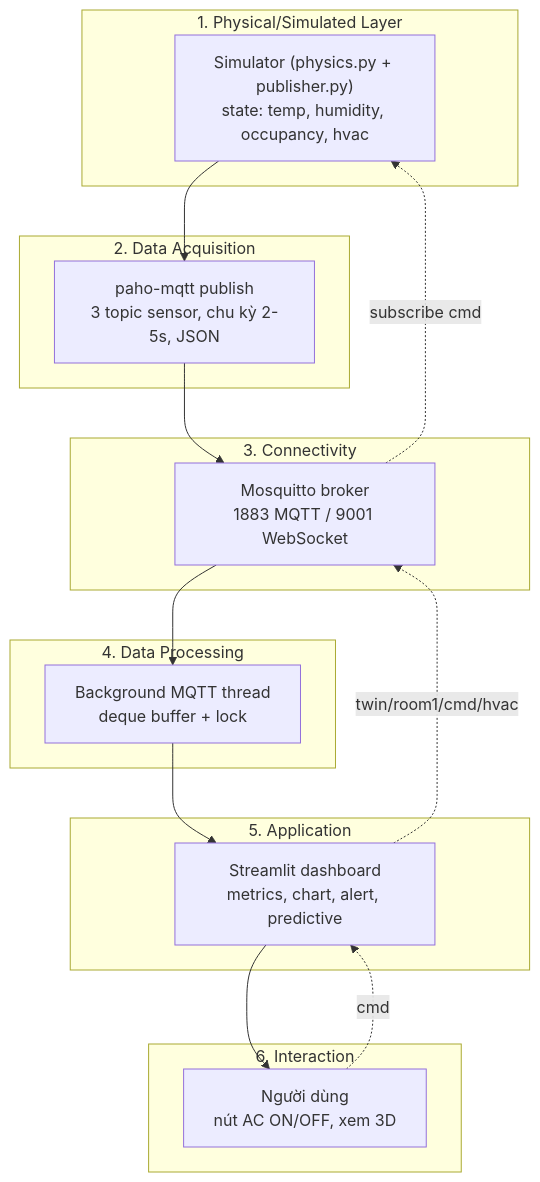
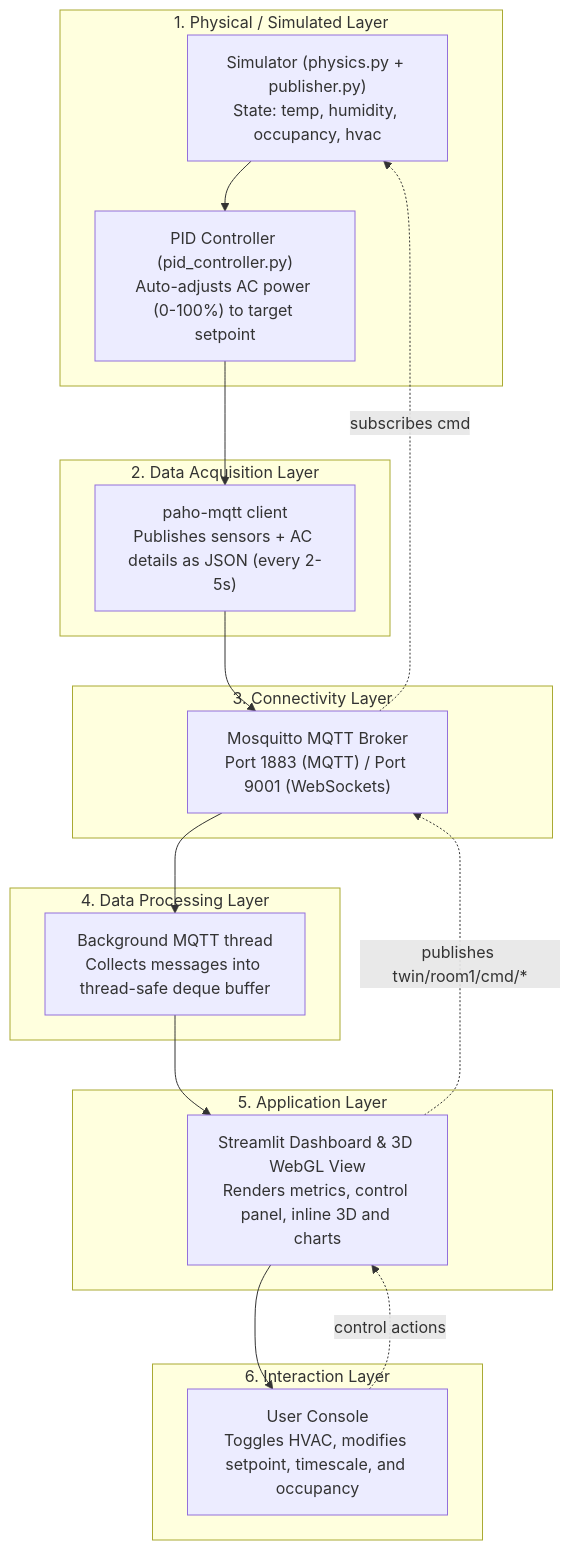
One commit to nguyentobinh12x5/Simulation_Room changed the diagram in docs/architecture.md. Above: the diagram before and after it, drawn with Mermaid. The commit also changed other lines of this file and 11 other files, not shown here.

Commit message:
feat: implement PID controller for HVAC power regulation and expand simulation capabilities

````diff
--- a/docs/architecture.md
+++ b/docs/architecture.md
@@ -5,25 +9,26 @@
 ```mermaid
 flowchart TB
-    subgraph L1["1. Physical/Simulated Layer"]
-        SIM["Simulator (physics.py + publisher.py)<br/>state: temp, humidity, occupancy, hvac"]
+    subgraph L1["1. Physical / Simulated Layer"]
+        SIM["Simulator (physics.py + publisher.py)<br/>State: temp, humidity, occupancy, hvac"]
+        PID["PID Controller (pid_controller.py)<br/>Auto-adjusts AC power (0-100%) to target setpoint"]
     end
-    subgraph L2["2. Data Acquisition"]
-        PUB["paho-mqtt publish<br/>3 topic sensor, chu kỳ 2-5s, JSON"]
+    subgraph L2["2. Data Acquisition Layer"]
+        PUB["paho-mqtt client<br/>Publishes sensors + AC details as JSON (every 2-5s)"]
     end
-    subgraph L3["3. Connectivity"]
-        BROKER["Mosquitto broker<br/>1883 MQTT / 9001 WebSocket"]
+    subgraph L3["3. Connectivity Layer"]
+        BROKER["Mosquitto MQTT Broker<br/>Port 1883 (MQTT) / Port 9001 (WebSockets)"]
     end
-    subgraph L4["4. Data Processing"]
-        BUF["Background MQTT thread<br/>deque buffer + lock"]
+    subgraph L4["4. Data Processing Layer"]
+        BUF["Background MQTT thread<br/>Collects messages into thread-safe deque buffer"]
     end
-    subgraph L5["5. Application"]
-        DASH["Streamlit dashboard<br/>metrics, chart, alert, predictive"]
+    subgraph L5["5. Application Layer"]
+        DASH["Streamlit Dashboard & 3D WebGL View<br/>Renders metrics, control panel, inline 3D and charts"]
     end
-    subgraph L6["6. Interaction"]
-        USER["Người dùng<br/>nút AC ON/OFF, xem 3D"]
+    subgraph L6["6. Interaction Layer"]
+        USER["User Console<br/>Toggles HVAC, modifies setpoint, timescale, and occupancy"]
     end
-    SIM --> PUB --> BROKER --> BUF --> DASH --> USER
-    USER -. "cmd" .-> DASH
-    DASH -. "twin/room1/cmd/hvac" .-> BROKER
-    BROKER -. "subscribe cmd" .-> SIM
+    SIM --> PID --> PUB --> BROKER --> BUF --> DASH --> USER
+    USER -. "control actions" .-> DASH
+    DASH -. "publishes twin/room1/cmd/*" .-> BROKER
+    BROKER -. "subscribes cmd" .-> SIM
 ```
````
